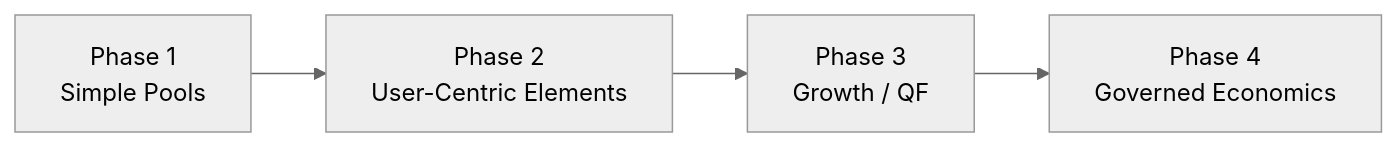
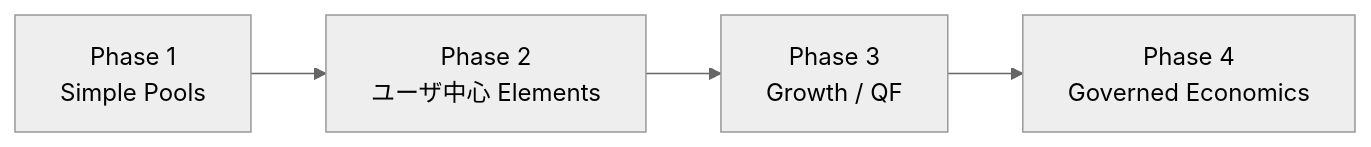
Before and after one commit to ShigeichiroYamasaki/creator-first-platform: diagram 24 of 27 in docs/whitepaper/06-economics-mathjax.md, drawn with Mermaid (neutral theme). The commit also changed other lines of this file and 67 other files, not shown here.

````diff
--- a/docs/whitepaper/06-economics-mathjax.md
+++ b/docs/whitepaper/06-economics-mathjax.md
@@ -1025,9 +1025,9 @@
 ```mermaid
 flowchart LR
     P1[Phase 1<br/>Simple Pools]
-    P2[Phase 2<br/>User-Centric Elements]
+    P2[Phase 2<br/>ユーザ中心 Elements]
     P3[Phase 3<br/>Growth / QF]
     P4[Phase 4<br/>Governed Economics]
 
     P1 --> P2 --> P3 --> P4
 ```
````
